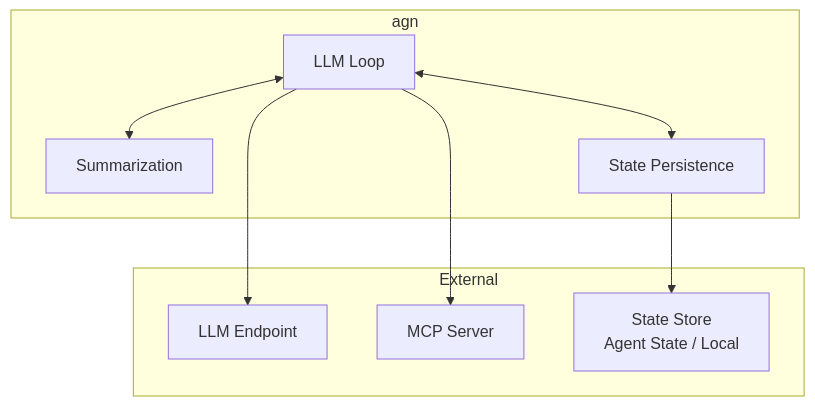
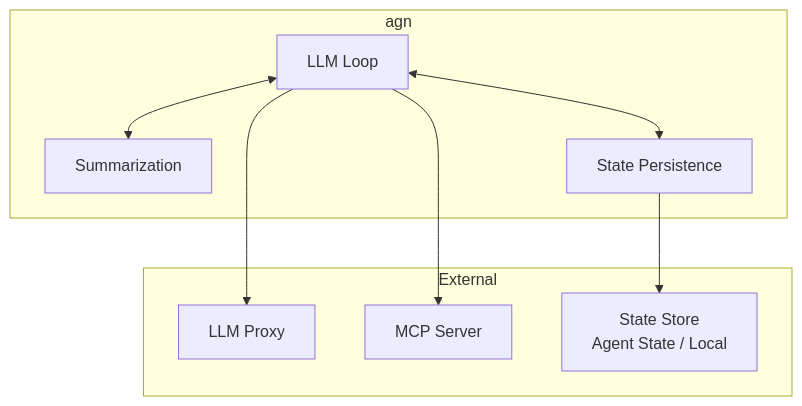
Before and after one commit to agynio/architecture: the first of 2 diagrams in architecture/agn-cli.md, drawn with Mermaid. The commit also changed other lines of this file and 12 other files, not shown here.

First line of the commit message:
Add LLM Proxy service architecture and update related docs

````diff
--- a/architecture/agn-cli.md
+++ b/architecture/agn-cli.md
@@ -73,20 +73,20 @@
 ```mermaid
 graph TB
     subgraph "agn"
         LLMLoop[LLM Loop]
         Summarization[Summarization]
         Persistence[State Persistence]
     end
 
     subgraph External
-        LLM[LLM Endpoint]
+        LLM[LLM Proxy]
         MCP[MCP Server]
         StateStore[State Store<br/>Agent State / Local]
     end
 
     LLMLoop --> LLM
     LLMLoop --> MCP
     LLMLoop <--> Summarization
     LLMLoop <--> Persistence
     Persistence --> StateStore
 ```
````
